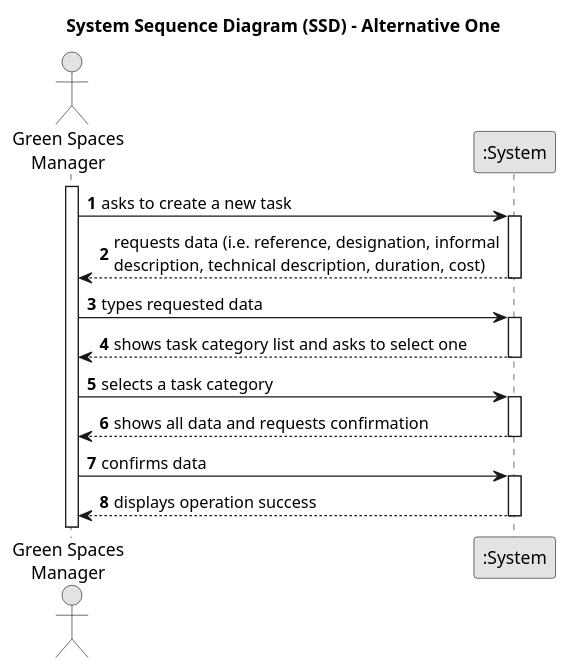
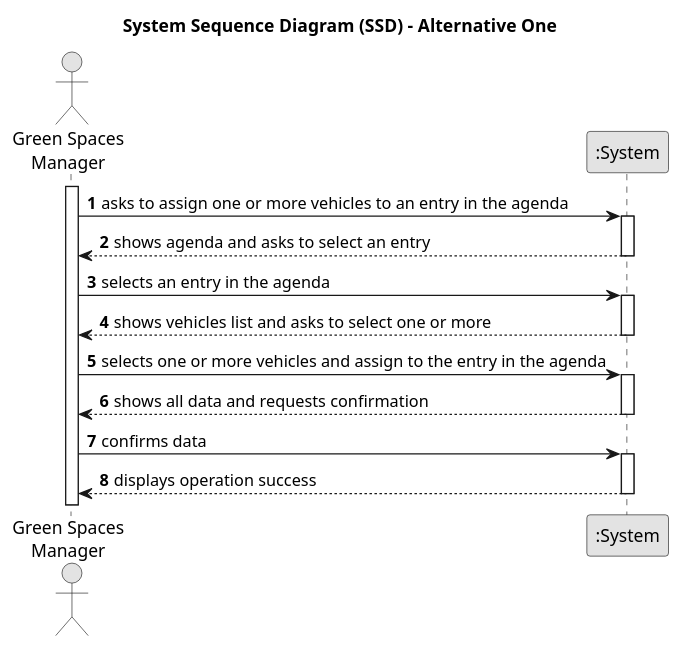
The diagram in docs/sprintA&B&C/us026/01.requirements-engineering/puml/us026-system-sequence-diagram-alternative-one.puml (daniel41silva05/ISEP_2023_2024_LAPR2), drawn with PlantUML before and after one commit. The commit also changed 5 other files, not shown here.

```diff
--- a/docs/sprintA&B&C/us026/01.requirements-engineering/puml/us026-system-sequence-diagram-alternative-one.puml
+++ b/docs/sprintA&B&C/us026/01.requirements-engineering/puml/us026-system-sequence-diagram-alternative-one.puml
@@ -1,39 +1,39 @@
 @startuml
 skinparam monochrome true
 skinparam packageStyle rectangle
 skinparam shadowing false
 
 title System Sequence Diagram (SSD) - Alternative One
 
 autonumber
 
 actor "Green Spaces\nManager" as GSM
 participant ":System" as System
 
 activate GSM
 
-    GSM -> System : asks to create a new task
+    GSM -> System : asks to assign one or more vehicles to an entry in the agenda
     activate System
 
-        System --> GSM : requests data (i.e. reference, designation, informal\ndescription, technical description, duration, cost)
+        System --> GSM : shows agenda and asks to select an entry
     deactivate System
 
-    GSM -> System : types requested data
+    GSM -> System : selects an entry in the agenda
     activate System
 
-        System --> GSM : shows task category list and asks to select one
+        System --> GSM : shows vehicles list and asks to select one or more
     deactivate System
 
-    GSM -> System : selects a task category
+    GSM -> System : selects one or more vehicles and assign to the entry in the agenda
     activate System
 
         System --> GSM : shows all data and requests confirmation
     deactivate System
 
     GSM -> System : confirms data
     activate System
 
         System --> GSM : displays operation success
     deactivate System
 
 @enduml
```
